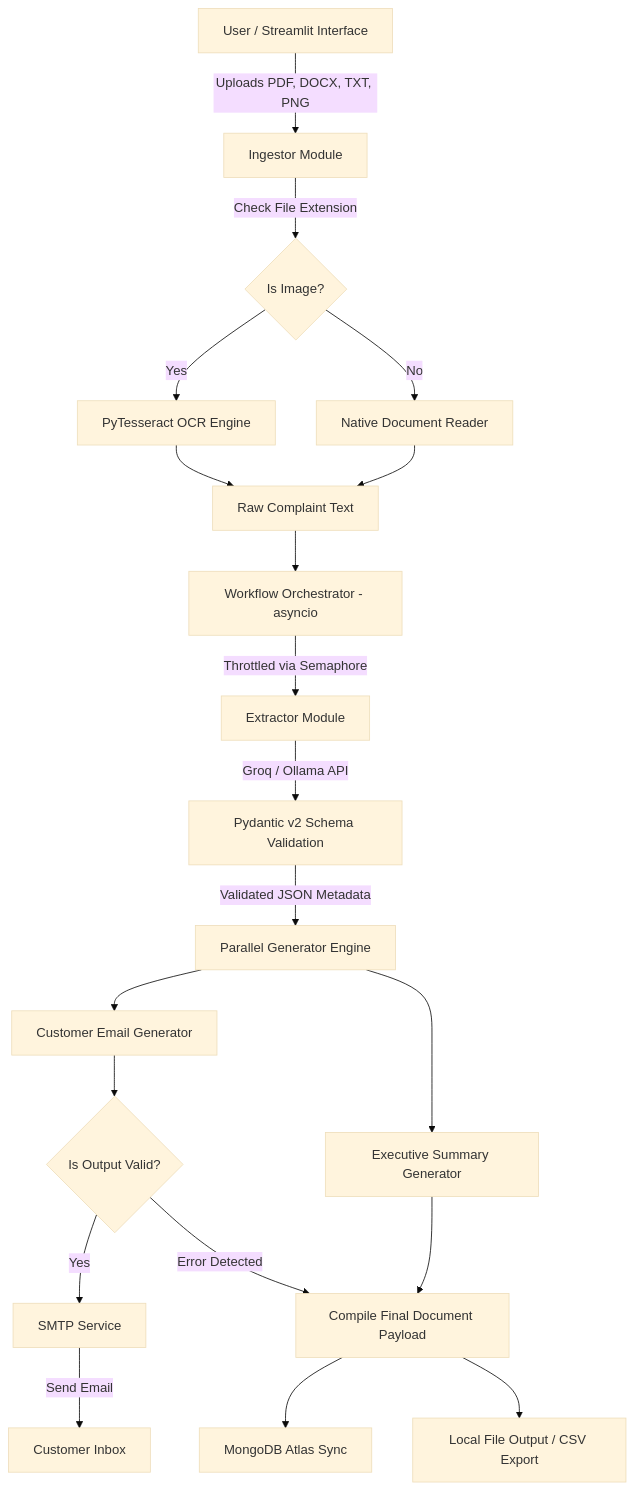
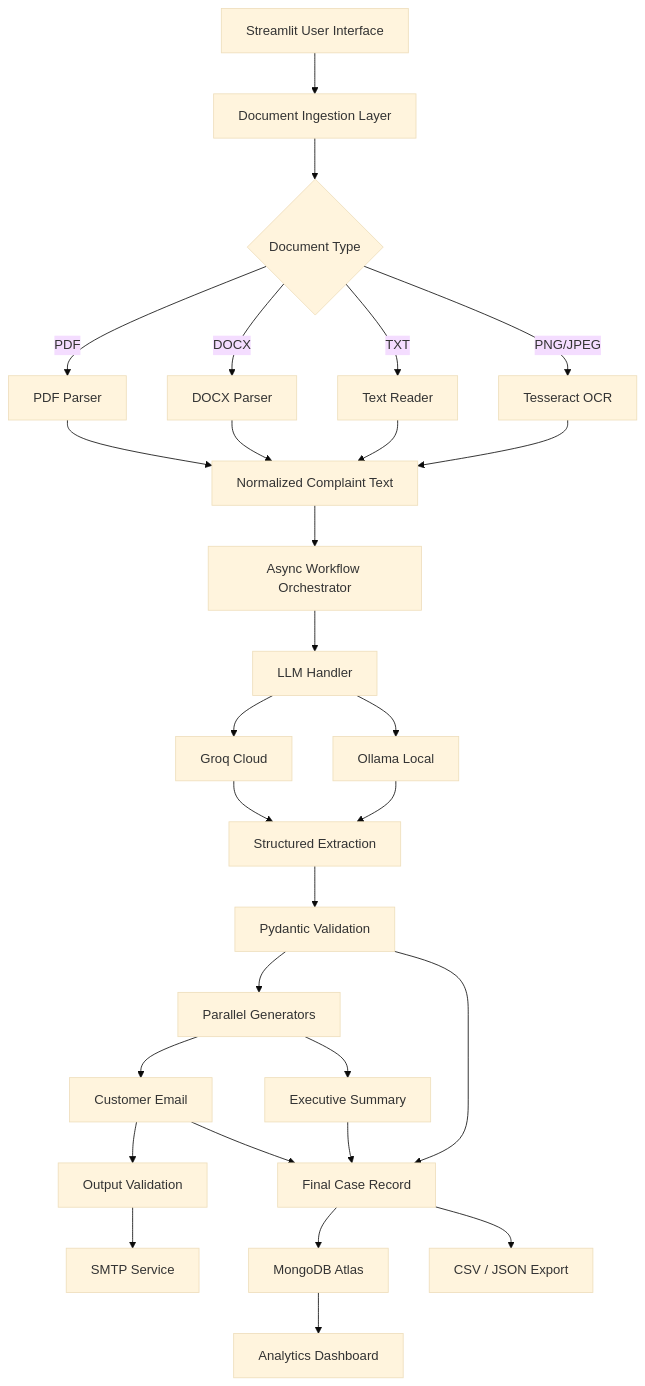
The diagram in README.md (Radhika45/Resolvix_AI), drawn with Mermaid (base theme) before and after one commit. The commit also changed other lines of this file, not shown here.

````diff
--- a/README.md
+++ b/README.md
@@ -130,22 +296,48 @@
 ```mermaid
 graph TD
-    A[User / Streamlit Interface] -->|Uploads PDF, DOCX, TXT, PNG| B[Ingestor Module]
-    B -->|Check File Extension| C{Is Image?}
-    C -- Yes --> D[PyTesseract OCR Engine]
-    C -- No --> E[Native Document Reader]
-    D --> F[Raw Complaint Text]
-    E --> F
-    F --> G[Workflow Orchestrator - asyncio]
-    G -->|Throttled via Semaphore| H[Extractor Module]
-    H -->|Groq / Ollama API| I[Pydantic v2 Schema Validation]
-    I -->|Validated JSON Metadata| J[Parallel Generator Engine]
-    J --> K[Customer Email Generator]
-    J --> L[Executive Summary Generator]
-    K --> M{Is Output Valid?}
-    L --> N[Compile Final Document Payload]
-    M -- Yes --> O[SMTP Service]
-    O -->|Send Email| P[Customer Inbox]
-    M -- Error Detected --> N
-    N --> Q[MongoDB Atlas Sync]
-    N --> R[Local File Output / CSV Export]
+
+    A[Streamlit User Interface]
+
+    A --> B[Document Ingestion Layer]
+
+    B --> C{Document Type}
+
+    C -->|PDF| D[PDF Parser]
+    C -->|DOCX| E[DOCX Parser]
+    C -->|TXT| F[Text Reader]
+    C -->|PNG/JPEG| G[Tesseract OCR]
+
+    D --> H[Normalized Complaint Text]
+    E --> H
+    F --> H
+    G --> H
+
+    H --> I[Async Workflow Orchestrator]
+
+    I --> J[LLM Handler]
+
+    J --> K[Groq Cloud]
+    J --> L[Ollama Local]
+
+    K --> M[Structured Extraction]
+    L --> M
+
+    M --> N[Pydantic Validation]
+
+    N --> O[Parallel Generators]
+
+    O --> P[Customer Email]
+    O --> Q[Executive Summary]
+
+    P --> R[Output Validation]
+    R --> S[SMTP Service]
+
+    P --> T[Final Case Record]
+    Q --> T
+    N --> T
+
+    T --> U[MongoDB Atlas]
+    T --> V[CSV / JSON Export]
+
+    U --> W[Analytics Dashboard]
 ```
````
